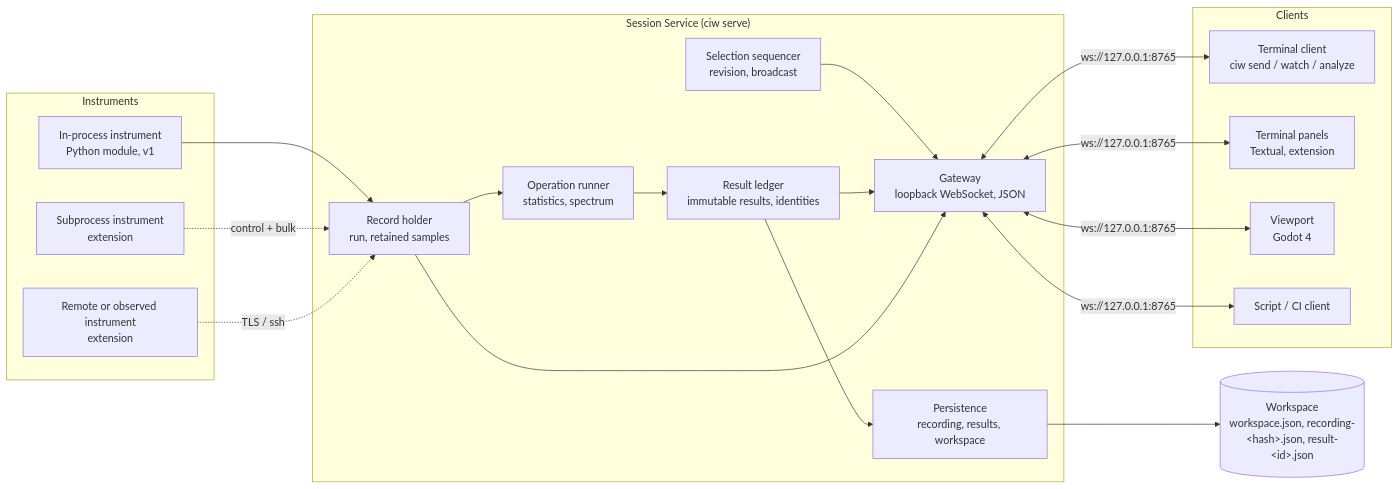
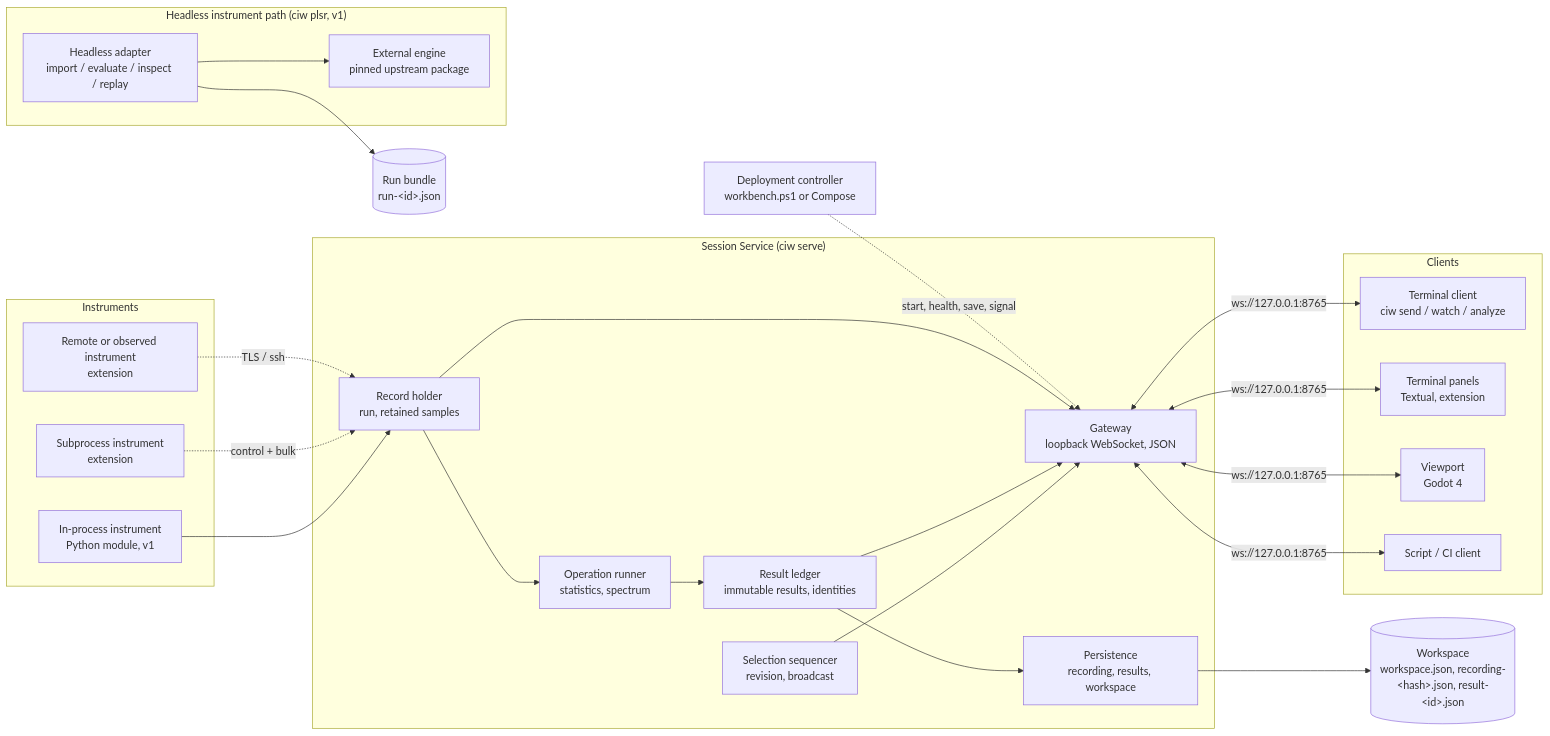
The first of 3 diagrams in docs/ARCHITECTURE.md (giasonpooni/Computational-Instrumentation-Workbench), drawn with Mermaid before and after one commit. The commit also changed other lines of this file, not shown here.

First line of the commit message:
Reconcile the architecture with deployment, the catalogue, and PLSR

````diff
--- a/docs/ARCHITECTURE.md
+++ b/docs/ARCHITECTURE.md
@@ -115,35 +117,44 @@
 ```mermaid
 flowchart LR
     subgraph Instruments
         I1[In-process instrument<br/>Python module, v1]
         I2[Subprocess instrument<br/>extension]
         I3[Remote or observed instrument<br/>extension]
     end
     subgraph Service["Session Service (ciw serve)"]
         REC[Record holder<br/>run, retained samples]
         SEL[Selection sequencer<br/>revision, broadcast]
         OPS[Operation runner<br/>statistics, spectrum]
         RES[Result ledger<br/>immutable results, identities]
         GW[Gateway<br/>loopback WebSocket, JSON]
         PER[Persistence<br/>recording, results, workspace]
     end
     subgraph Clients
         CLI[Terminal client<br/>ciw send / watch / analyze]
         TUI[Terminal panels<br/>Textual, extension]
         VP[Viewport<br/>Godot 4]
         SC[Script / CI client]
     end
     WS[("Workspace<br/>workspace.json, recording-#lt;hash#gt;.json, result-#lt;id#gt;.json")]
+    subgraph Headless["Headless instrument path (ciw plsr, v1)"]
+        HA[Headless adapter<br/>import / evaluate / inspect / replay]
+        ENG[External engine<br/>pinned upstream package]
+    end
+    RB[("Run bundle<br/>run-#lt;id#gt;.json")]
+    DC[Deployment controller<br/>workbench.ps1 or Compose]
     I1 --> REC
     I2 -. control + bulk .-> REC
     I3 -. TLS / ssh .-> REC
     REC --> OPS --> RES
     SEL --> GW
     RES --> GW
     REC --> GW
     RES --> PER --> WS
     GW <-- ws://127.0.0.1:8765 --> CLI
     GW <-- ws://127.0.0.1:8765 --> TUI
     GW <-- ws://127.0.0.1:8765 --> VP
     GW <-- ws://127.0.0.1:8765 --> SC
+    HA --> ENG
+    HA --> RB
+    DC -. start, health, save, signal .-> GW
 ```
````
